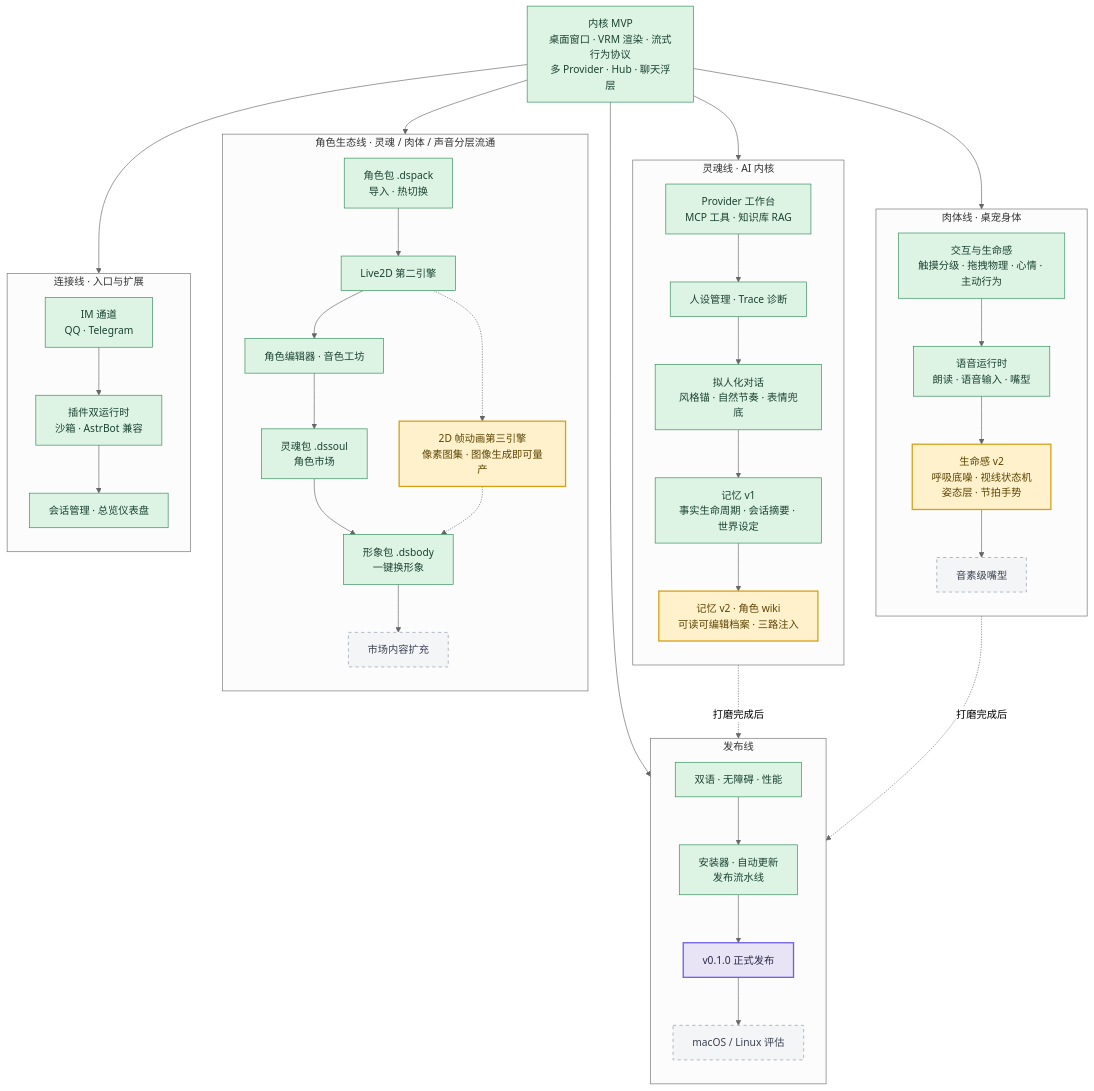
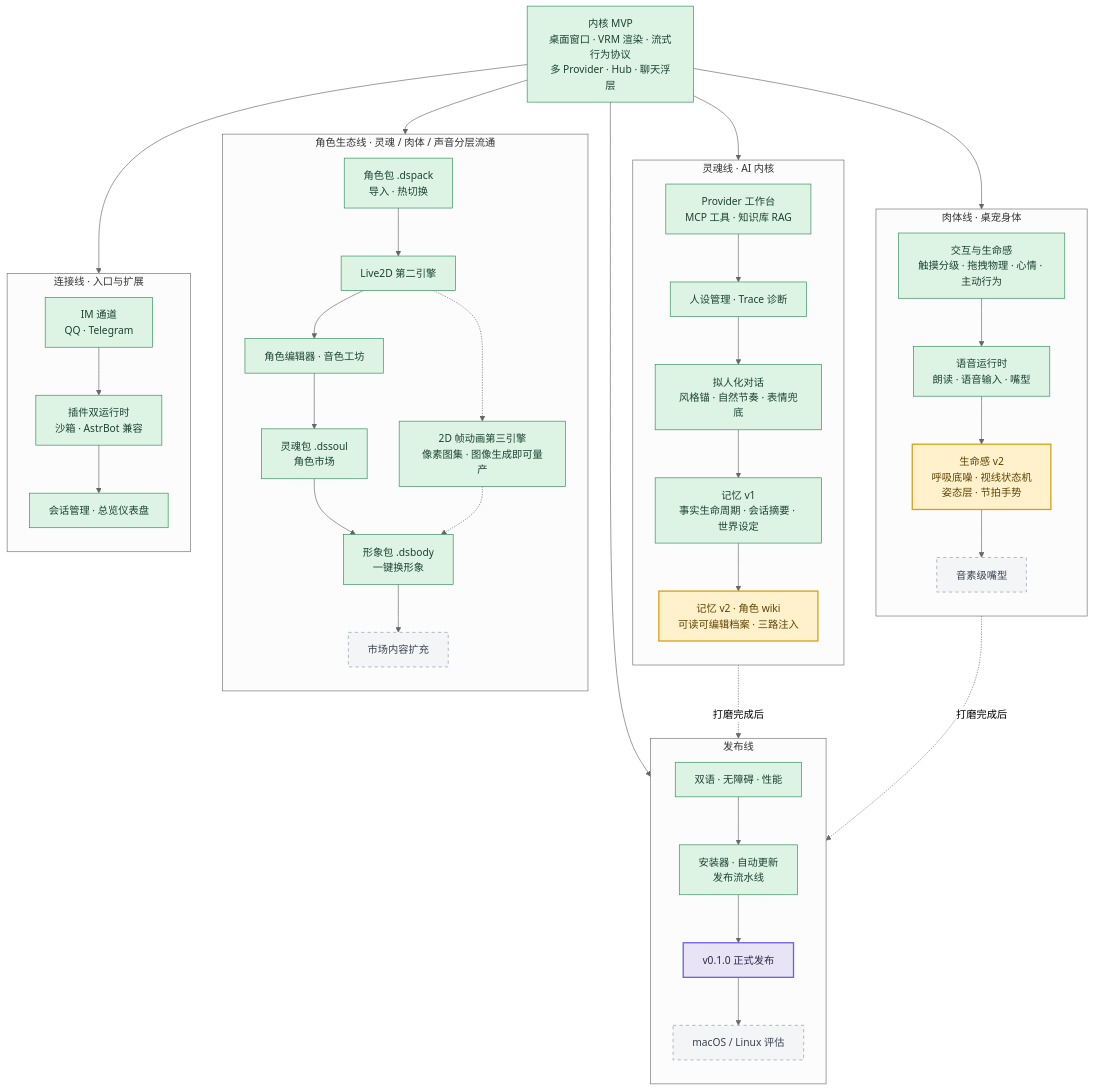
The second of 2 diagrams in README.md (Furina-he/OpenPet), drawn with Mermaid (neutral theme) before and after one commit. The commit also changed other lines of this file, not shown here.

Commit message:
docs(readme): ⑳ 三种形象（VRM / Live2D / 帧动画）+ 架构图角色窗口 + Roadmap 帧动画节点 done

````diff
--- a/README.md
+++ b/README.md
@@ -235,68 +235,68 @@
 ```mermaid
 flowchart TB
   classDef done fill:#DDF3E4,stroke:#2E8B57,color:#1B4332
   classDef active fill:#FFF1CC,stroke:#D4A017,color:#5C4300,stroke-width:2px
   classDef plan fill:#F4F5F7,stroke:#8A94A6,color:#3B4252,stroke-dasharray: 5 5
   classDef gate fill:#E8E4F5,stroke:#6C5CE7,color:#2D2A4A,stroke-width:2px
 
   MVP["内核 MVP<br/>桌面窗口 · VRM 渲染 · 流式行为协议<br/>多 Provider · Hub · 聊天浮层"]:::done
 
   subgraph BODY["肉体线 · 桌宠身体"]
     direction TB
     B1["交互与生命感<br/>触摸分级 · 拖拽物理 · 心情 · 主动行为"]:::done
     B2["语音运行时<br/>朗读 · 语音输入 · 嘴型"]:::done
     B3["生命感 v2<br/>呼吸底噪 · 视线状态机<br/>姿态层 · 节拍手势"]:::active
     B5["音素级嘴型"]:::plan
     B1 --> B2 --> B3
     B3 --> B5
   end
 
   subgraph SOUL["灵魂线 · AI 内核"]
     direction TB
     S1["Provider 工作台<br/>MCP 工具 · 知识库 RAG"]:::done
     S2["人设管理 · Trace 诊断"]:::done
     S3["拟人化对话<br/>风格锚 · 自然节奏 · 表情兜底"]:::done
     S4["记忆 v1<br/>事实生命周期 · 会话摘要 · 世界设定"]:::done
     S5["记忆 v2 · 角色 wiki<br/>可读可编辑档案 · 三路注入"]:::active
     S1 --> S2 --> S3 --> S4 --> S5
   end
 
   subgraph ECO["角色生态线 · 灵魂 / 肉体 / 声音分层流通"]
     direction TB
     E1["角色包 .dspack<br/>导入 · 热切换"]:::done
     E2["Live2D 第二引擎"]:::done
-    E7["2D 帧动画第三引擎<br/>像素图集 · 图像生成即可量产"]:::active
+    E7["2D 帧动画第三引擎<br/>像素图集 · 图像生成即可量产"]:::done
     E3["角色编辑器 · 音色工坊"]:::done
     E4["灵魂包 .dssoul<br/>角色市场"]:::done
     E5["形象包 .dsbody<br/>一键换形象"]:::done
     E6["市场内容扩充"]:::plan
     E1 --> E2 --> E3 --> E4 --> E5 --> E6
     E2 -.-> E7
     E7 -.-> E5
   end
 
   subgraph LINK["连接线 · 入口与扩展"]
     direction TB
     L1["IM 通道<br/>QQ · Telegram"]:::done
     L2["插件双运行时<br/>沙箱 · AstrBot 兼容"]:::done
     L3["会话管理 · 总览仪表盘"]:::done
     L1 --> L2 --> L3
   end
 
   subgraph SHIP["发布线"]
     direction TB
     R1["双语 · 无障碍 · 性能"]:::done
     R2["安装器 · 自动更新<br/>发布流水线"]:::done
     R3["v0.1.0 正式发布"]:::gate
     R4["macOS / Linux 评估"]:::plan
     R1 --> R2 --> R3 --> R4
   end
 
   MVP --> B1
   MVP --> S1
   MVP --> E1
   MVP --> L1
   MVP --> R1
   B3 -.打磨完成后.-> R3
   S5 -.打磨完成后.-> R3
 ```
````
